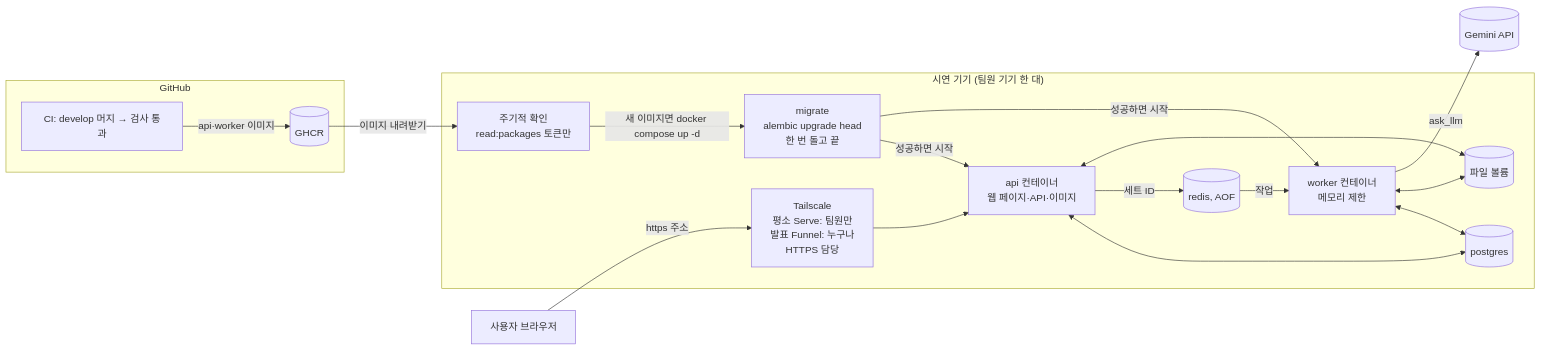
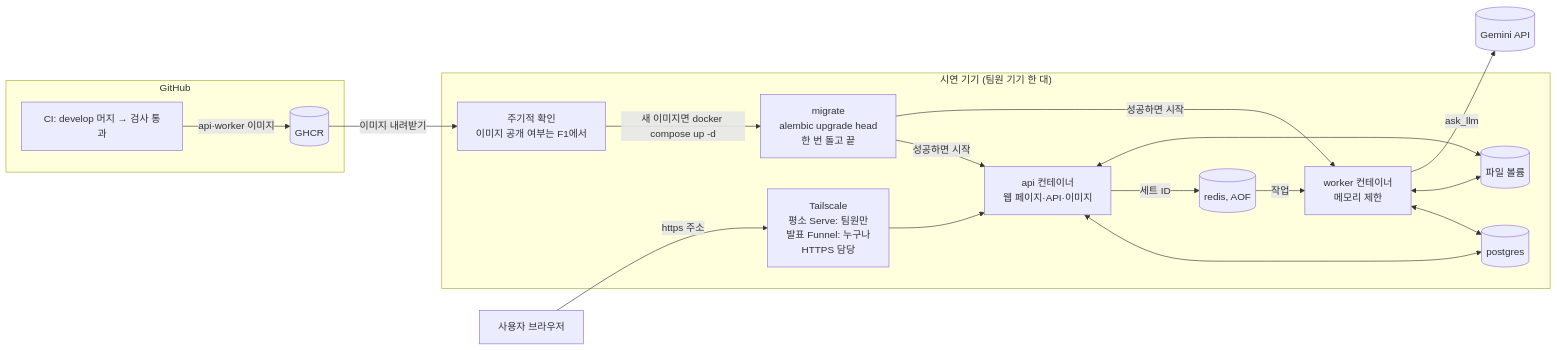
One commit to best-vibing/cloze changed diagram 12 of 12 in docs/이슈-해설서.md. Above: the diagram before and after it, drawn with Mermaid.

Commit message:
docs: 배포 그림의 read:packages 토큰 전제도 레포 공개에 맞춰 고침

````diff
--- a/docs/이슈-해설서.md
+++ b/docs/이슈-해설서.md
@@ -1121,23 +1121,23 @@
 ```mermaid
 flowchart LR
     subgraph GH["GitHub"]
         CI["CI: develop 머지 → 검사 통과"] -->|"api·worker 이미지"| GHCR[("GHCR")]
     end
 
     subgraph DEV["시연 기기 (팀원 기기 한 대)"]
-        PULL["주기적 확인<br/>read:packages 토큰만"] -->|"새 이미지면 docker compose up -d"| MIG
+        PULL["주기적 확인<br/>이미지 공개 여부는 F1에서"] -->|"새 이미지면 docker compose up -d"| MIG
         MIG["migrate<br/>alembic upgrade head<br/>한 번 돌고 끝"] -->|"성공하면 시작"| API2["api 컨테이너<br/>웹 페이지·API·이미지"]
         MIG -->|"성공하면 시작"| W2["worker 컨테이너<br/>메모리 제한"]
         API2 <--> PG2[("postgres")]
         W2 <--> PG2
         API2 -->|"세트 ID"| RD2[("redis, AOF")]
         RD2 -->|"작업"| W2
         API2 <--> VOL[("파일 볼륨")]
         W2 <--> VOL
         TS["Tailscale<br/>평소 Serve: 팀원만<br/>발표 Funnel: 누구나<br/>HTTPS 담당"] --> API2
     end
 
     GHCR -->|"이미지 내려받기"| PULL
     USER["사용자 브라우저"] -->|"https 주소"| TS
     W2 -->|"ask_llm"| GEM[("Gemini API")]
 ```
````
